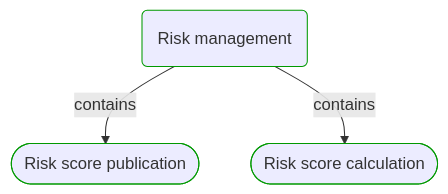
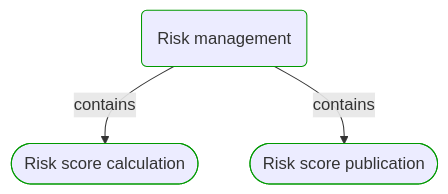
One commit to itlibrium/DDD-starter-dotnet changed the first of 4 diagrams in Docs/P3/MermaidOutput/Processes/Risk management/Risk management.md. Above: the diagram before and after it, drawn with Mermaid. The commit also changed 78 other files, not shown here.

````diff
--- a/Docs/P3/MermaidOutput/Processes/Risk management/Risk management.md
+++ b/Docs/P3/MermaidOutput/Processes/Risk management/Risk management.md
@@ -20,14 +20,14 @@
 ```mermaid
   flowchart TB
     0(Risk management)
     class 0 DomainPerspective
-    1([Risk score publication])
+    1([Risk score calculation])
     class 1 DomainPerspective
     0-->|contains|1
-    2([Risk score calculation])
+    2([Risk score publication])
     class 2 DomainPerspective
     0-->|contains|2
     classDef DomainPerspective stroke:#009900
     classDef TechnologyPerspective stroke:#1F41EB
     classDef PeoplePerspective stroke:#FFF014
 ```
````
